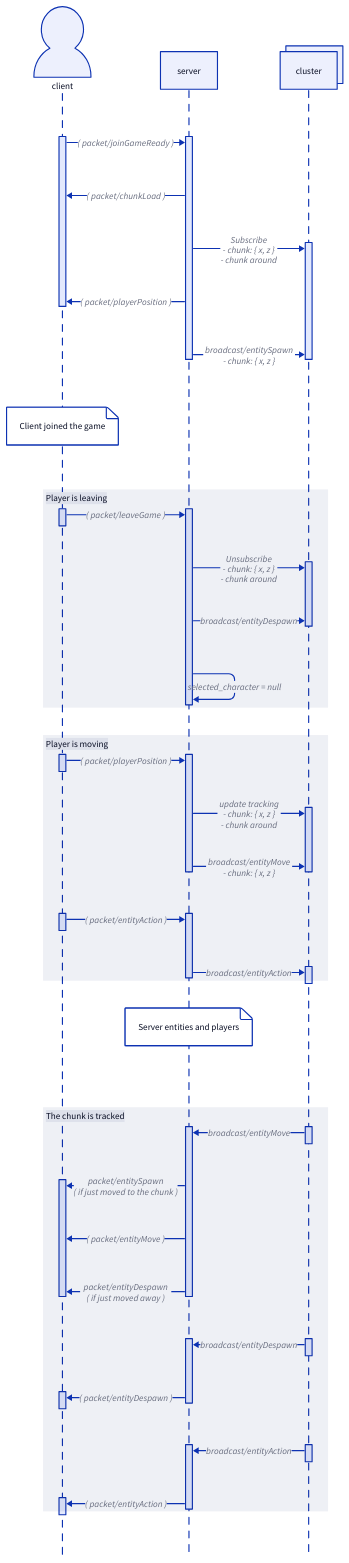
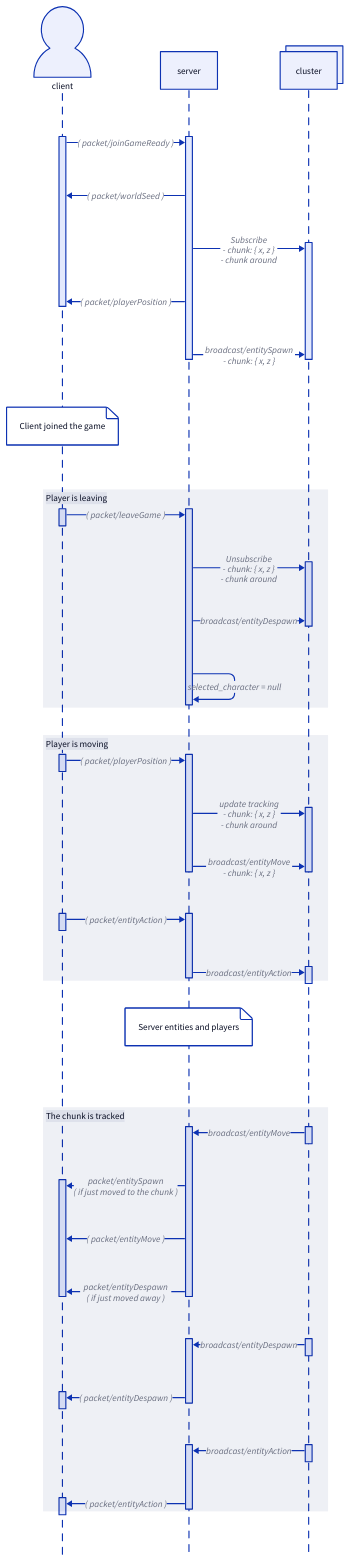
One commit to aresrpg/aresrpg-protocol changed the diagram in game_protocol.d2. Above: the diagram before and after it, drawn with D2. The commit also changed 7 other files, not shown here.

```diff
--- a/game_protocol.d2
+++ b/game_protocol.d2
@@ -1,60 +1,60 @@
 shape: sequence_diagram
 client; server; cluster
 
 client.shape: person
 cluster.style.multiple: true
 
 client.t -> server.t: ( packet/joinGameReady )
-server.t -> client.t: ( packet/chunkLoad )
+server.t -> client.t: ( packet/worldSeed )
 server.t -> cluster.t: |md Subscribe
 - chunk: { x, z }
 - chunk around
 |
 server.t -> client.t: ( packet/playerPosition )
 server.t -> cluster.t: |md broadcast/entitySpawn
 - chunk: { x, z }
 |
 
 client."Client joined the game"
 
 Player is leaving: {
   client.t0 -> server.t0: ( packet/leaveGame )
   server.t0 -> cluster.t0: |md Unsubscribe
   - chunk: { x, z }
   - chunk around
   |
   server.t0 -> cluster.t0: |md broadcast/entityDespawn |
   server.t0 -> server.t0: selected_character = null
 }
 
 Player is moving: {
   client.t2 -> server.t2: ( packet/playerPosition )
   server.t2 -> cluster.t2: |md update tracking
   - chunk: { x, z }
   - chunk around
   |
   server.t2 -> cluster.t2: |md broadcast/entityMove
   - chunk: { x, z }
   |
 
   client.t3 -> server.t3: ( packet/entityAction )
   server.t3 -> cluster.t3: |md broadcast/entityAction |
 }
 
 server."Server entities and players"
 
 The chunk is tracked: {
   cluster.t4 -> server.t4: |md broadcast/entityMove |
   server.t4 -> client.t4: |md packet/entitySpawn
 ( if just moved to the chunk )
   |
   server.t4 -> client.t4: ( packet/entityMove )
   server.t4 -> client.t4: |md packet/entityDespawn
 ( if just moved away )
   |
   cluster.t5 -> server.t5: |md broadcast/entityDespawn |
   server.t5 -> client.t5: ( packet/entityDespawn )
 
   cluster.t6 -> server.t6: |md broadcast/entityAction |
   server.t6 -> client.t6: ( packet/entityAction )
 }
```
